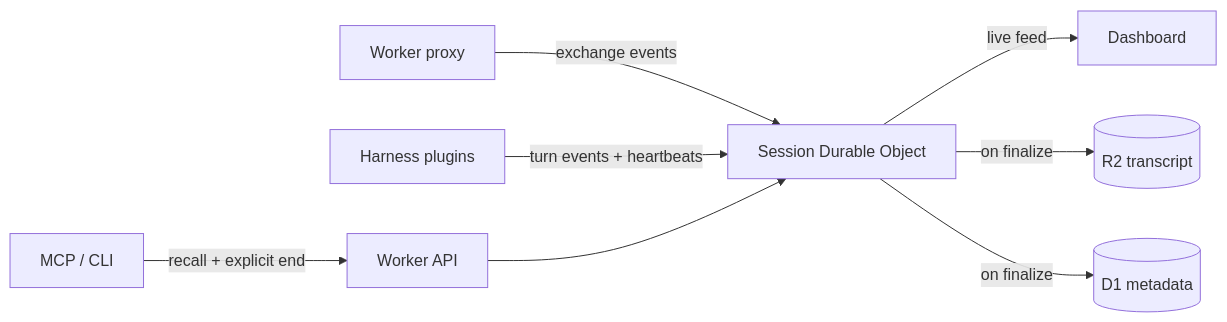
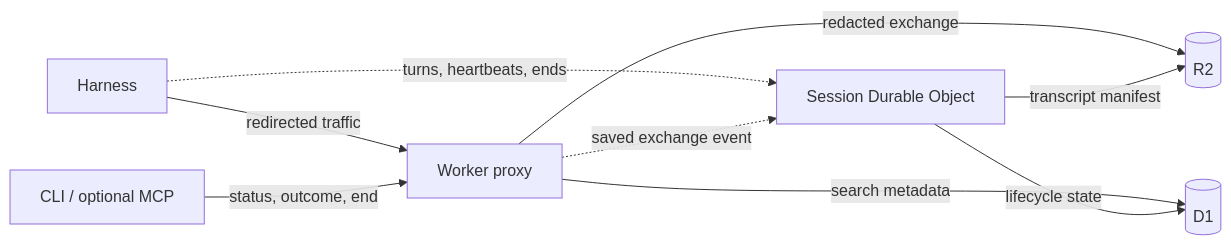
One commit to cloudboy-jh/Mimir changed the diagram in docs/session-lifecycle.md. Above: the diagram before and after it, drawn with Mermaid. The commit also changed other lines of this file and 125 other files, not shown here.

````diff
--- a/docs/session-lifecycle.md
+++ b/docs/session-lifecycle.md
@@ -20,10 +9,11 @@
 ```mermaid
 flowchart LR
-    P[Worker proxy] -->|exchange events| S[Session Durable Object]
-    G[Harness plugins] -->|turn events + heartbeats| S
-    S -->|live feed| D[Dashboard]
-    S -->|on finalize| R[(R2 transcript)]
-    S -->|on finalize| Q[(D1 metadata)]
-    M[MCP / CLI] -->|recall + explicit end| W[Worker API]
-    W --> S
+    H[Harness] -->|redirected traffic| W[Worker proxy]
+    W -->|redacted exchange| R[(R2)]
+    W -->|search metadata| D[(D1)]
+    H -.->|turns, heartbeats, ends| S[Session Durable Object]
+    W -.->|saved exchange event| S
+    S -->|transcript manifest| R
+    S -->|lifecycle state| D
+    C[CLI / optional MCP] -->|status, outcome, end| W
 ```
````
